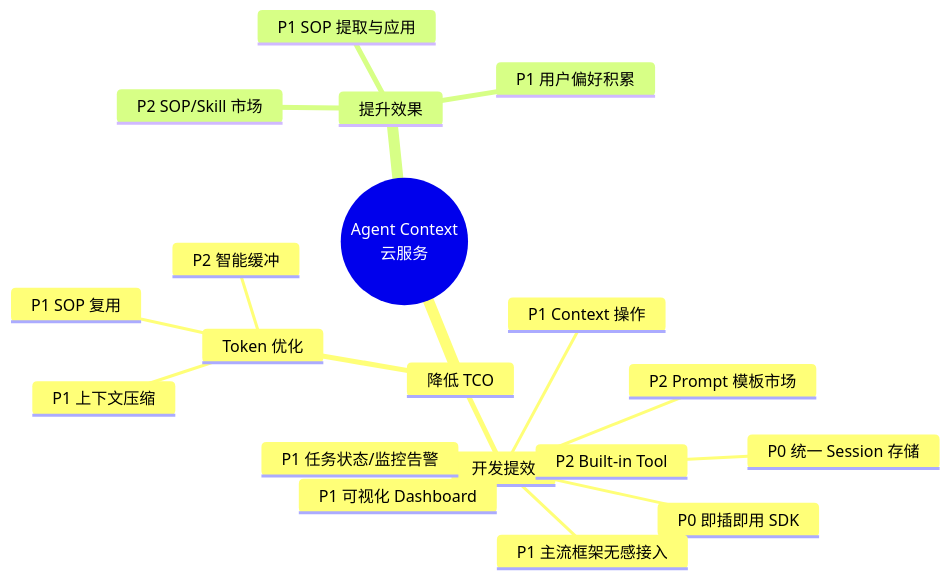
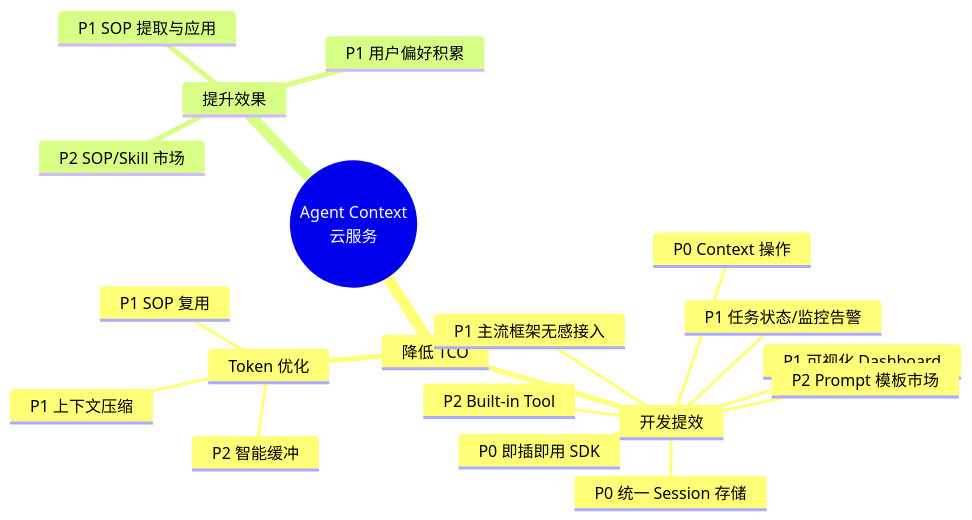
Before and after one commit to HScarb/Acontext: the third of 12 diagrams in docs/comments/huawei-agent-context-design.md, drawn with Mermaid. The commit also changed other lines of this file, not shown here.

````diff
--- a/docs/comments/huawei-agent-context-design.md
+++ b/docs/comments/huawei-agent-context-design.md
@@ -102,22 +122,22 @@
 ```mermaid
 mindmap
   root((Agent Context<br/>云服务))
     降低 TCO
       开发提效
         P0 统一 Session 存储
         P0 即插即用 SDK
+        P0 Context 操作
         P1 主流框架无感接入
         P1 可视化 Dashboard
-        P1 Context 操作
         P2 Prompt 模板市场
         P2 Built-in Tool
         P1 任务状态/监控告警
       Token 优化
         P1 SOP 复用
         P1 上下文压缩
         P2 智能缓冲
     提升效果
       P1 SOP 提取与应用
       P1 用户偏好积累
       P2 SOP/Skill 市场
 ```
````
